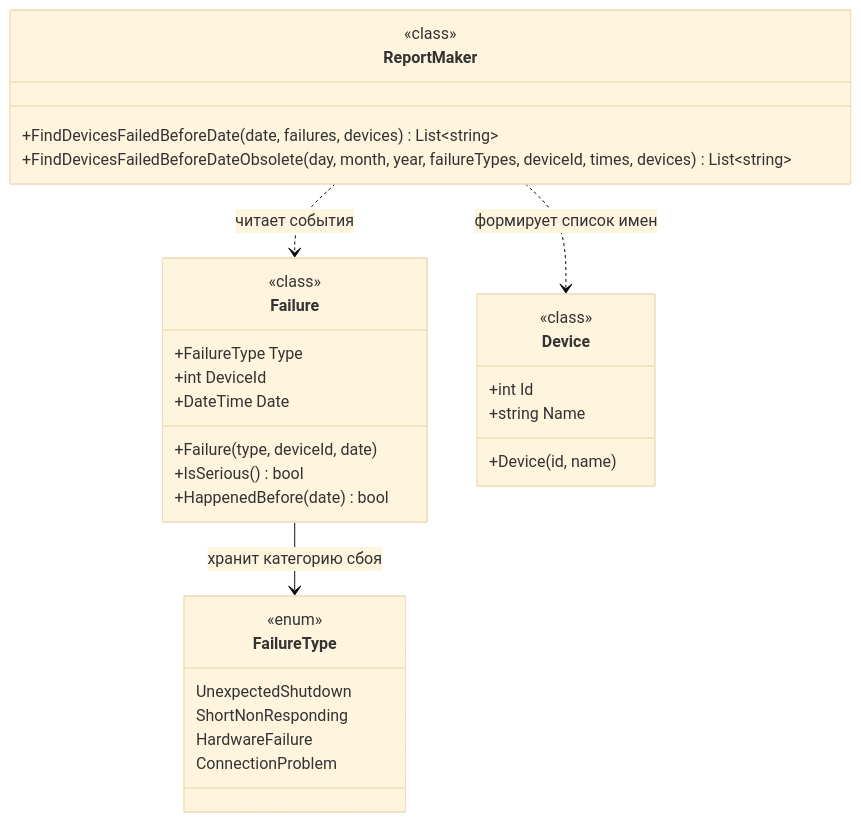
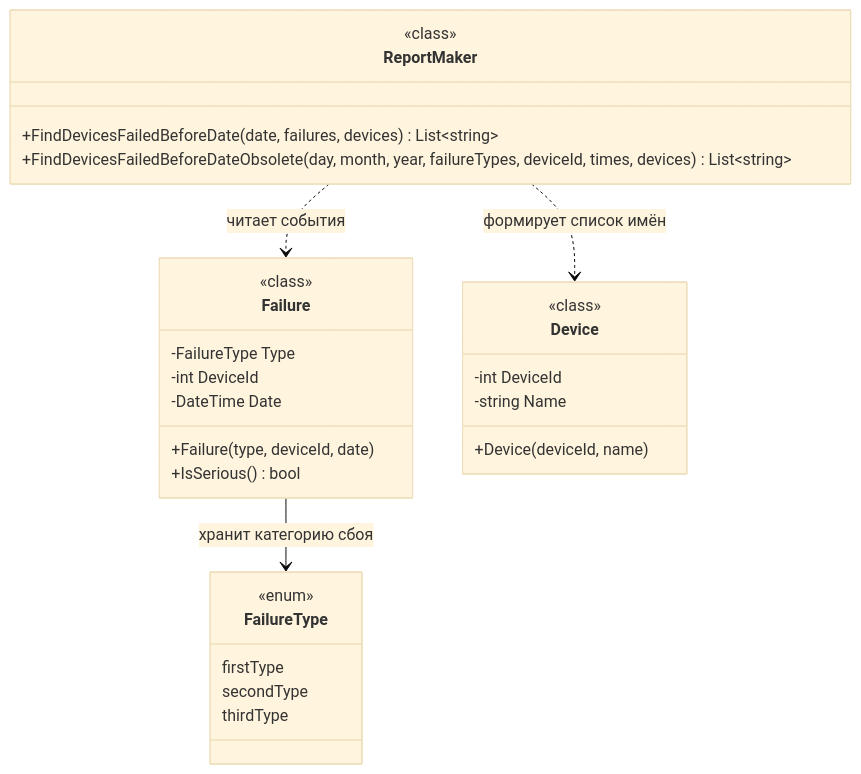
Before and after one commit to k1sagy/ulearn-2026: the diagram in Сбои.md, drawn with Mermaid (base theme).

````diff
--- a/Сбои.md
+++ b/Сбои.md
@@ -1,38 +1,36 @@
 ```mermaid
 classDiagram
     class Failure {
         <<class>>
-        +FailureType Type
-        +int DeviceId
-        +DateTime Date
+        -FailureType Type
+        -int DeviceId
+        -DateTime Date
         +Failure(type, deviceId, date)
         +IsSerious() bool
-        +HappenedBefore(date) bool
     }
 
     class Device {
         <<class>>
-        +int Id
-        +string Name
-        +Device(id, name)
+        -int DeviceId
+        -string Name
+        +Device(deviceId, name)
     }
 
     class FailureType {
         <<enum>>
-        UnexpectedShutdown
-        ShortNonResponding
-        HardwareFailure
-        ConnectionProblem
+        firstType
+        secondType
+        thirdType
     }
 
     class ReportMaker {
         <<class>>
         +FindDevicesFailedBeforeDate(date, failures, devices) List~string~
         +FindDevicesFailedBeforeDateObsolete(day, month, year, failureTypes, deviceId, times, devices) List~string~
     }
 
     Failure --> FailureType : хранит категорию сбоя
     ReportMaker ..> Failure : читает события
-    ReportMaker ..> Device : формирует список имен
+    ReportMaker ..> Device : формирует список имён
 
 ```
````
